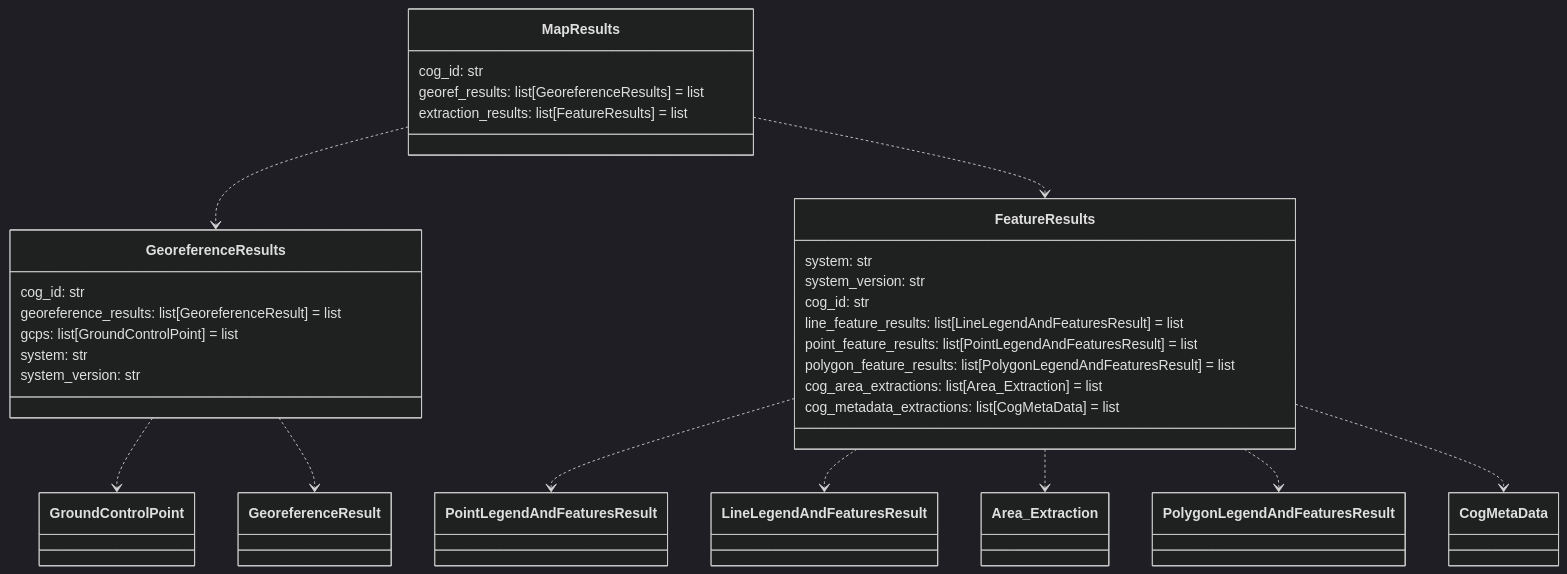
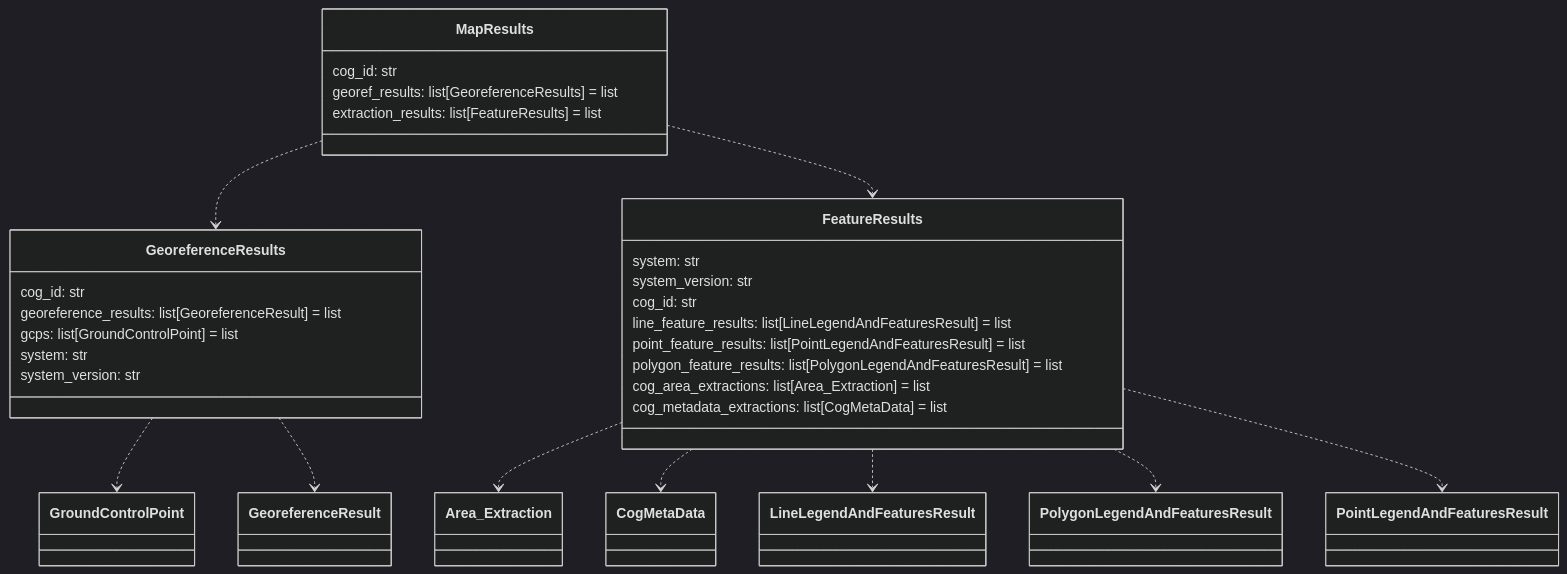
Diagram 11 of 14 in README.md (DARPA-CRITICALMAAS/cdr_schemas), drawn with Mermaid (dark theme) before and after one commit. The commit also changed other lines of this file and 1 other file, not shown here.

````diff
--- a/README.md
+++ b/README.md
@@ -937,40 +937,40 @@
 ```mermaid
 classDiagram
+
+    class MapResults {
+        cog_id: str
+        georef_results: list[GeoreferenceResults] = list
+        extraction_results: list[FeatureResults] = list
+    }
 
     class GeoreferenceResults {
         cog_id: str
         georeference_results: list[GeoreferenceResult] = list
         gcps: list[GroundControlPoint] = list
         system: str
         system_version: str
     }
 
     class FeatureResults {
         system: str
         system_version: str
         cog_id: str
         line_feature_results: list[LineLegendAndFeaturesResult] = list
         point_feature_results: list[PointLegendAndFeaturesResult] = list
         polygon_feature_results: list[PolygonLegendAndFeaturesResult] = list
         cog_area_extractions: list[Area_Extraction] = list
         cog_metadata_extractions: list[CogMetaData] = list
     }
 
-    class MapResults {
-        cog_id: str
-        georef_results: list[GeoreferenceResults] = list
-        extraction_results: list[FeatureResults] = list
-    }
-
+    FeatureResults ..> Area_Extraction
+    FeatureResults ..> CogMetaData
+    FeatureResults ..> LineLegendAndFeaturesResult
+    FeatureResults ..> PolygonLegendAndFeaturesResult
     FeatureResults ..> PointLegendAndFeaturesResult
-    FeatureResults ..> LineLegendAndFeaturesResult
-    FeatureResults ..> Area_Extraction
-    FeatureResults ..> PolygonLegendAndFeaturesResult
-    FeatureResults ..> CogMetaData
     GeoreferenceResults ..> GroundControlPoint
     GeoreferenceResults ..> GeoreferenceResult
     MapResults ..> GeoreferenceResults
     MapResults ..> FeatureResults
 
 
 ```
````
